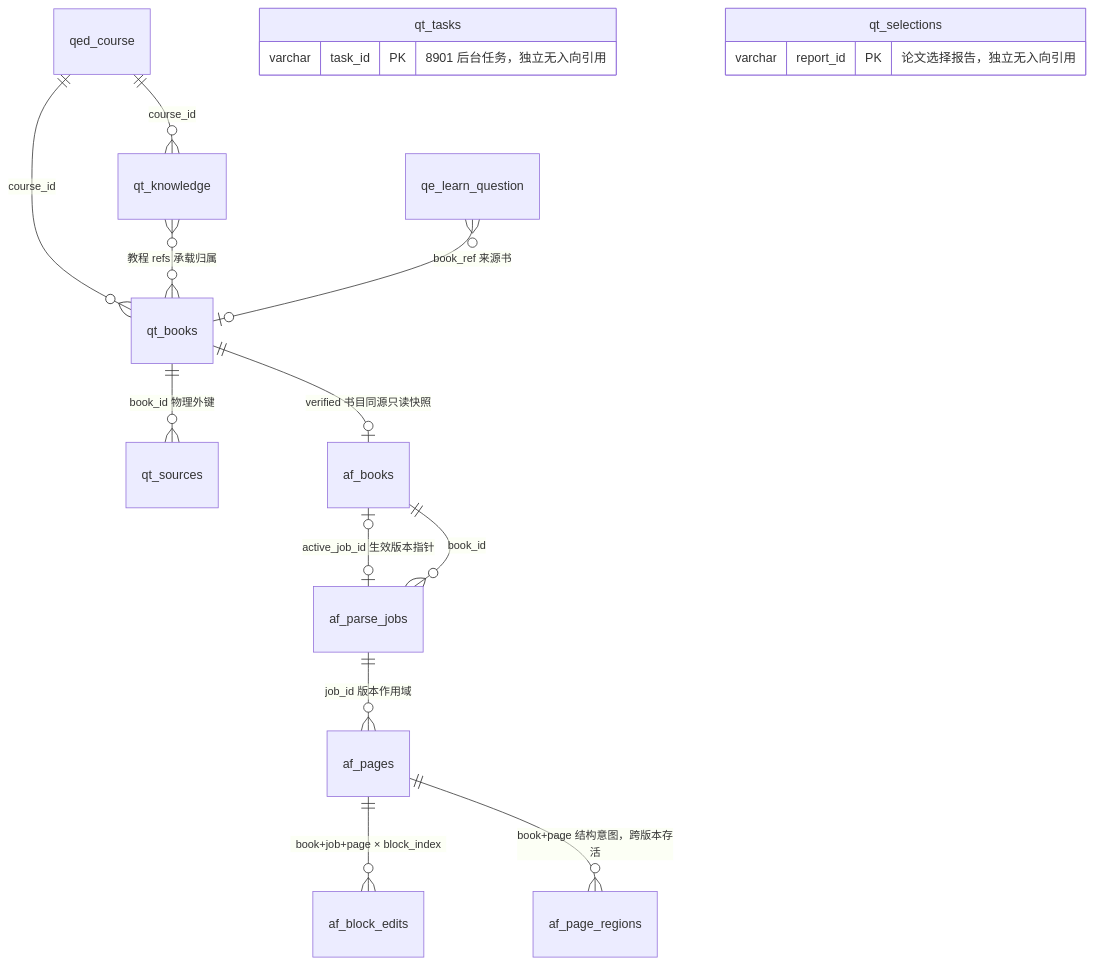
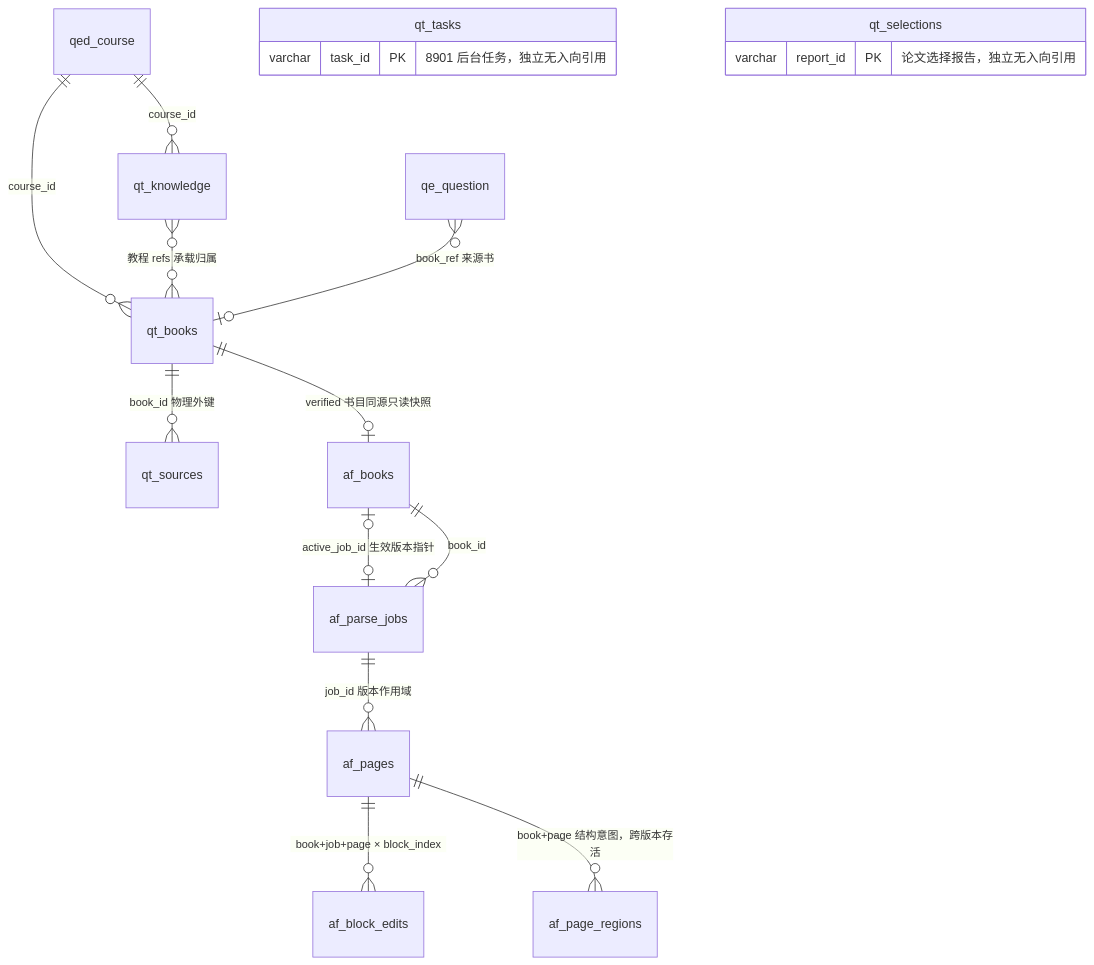
One commit to swfswf1234/QED-Engine changed the third of 3 diagrams in docs/architecture/database-design.md. Above: the diagram before and after it, drawn with Mermaid. The commit also changed other lines of this file and 15 other files, not shown here.

````diff
--- a/docs/architecture/database-design.md
+++ b/docs/architecture/database-design.md
@@ -183,20 +183,20 @@
 ```mermaid
 erDiagram
     qed_course ||--o{ qt_knowledge : "course_id"
     qed_course ||--o{ qt_books : "course_id"
     qt_knowledge }o--o{ qt_books : "教程 refs 承载归属"
     qt_books ||--o{ qt_sources : "book_id 物理外键"
     qt_books ||--o| af_books : "verified 书目同源只读快照"
-    qe_learn_question }o--o| qt_books : "book_ref 来源书"
+    qe_question }o--o| qt_books : "book_ref 来源书"
     af_books |o--o| af_parse_jobs : "active_job_id 生效版本指针"
     af_books ||--o{ af_parse_jobs : "book_id"
     af_parse_jobs ||--o{ af_pages : "job_id 版本作用域"
     af_pages ||--o{ af_block_edits : "book+job+page × block_index"
     af_pages ||--o{ af_page_regions : "book+page 结构意图，跨版本存活"
     qt_tasks {
         varchar task_id PK "8901 后台任务，独立无入向引用"
     }
     qt_selections {
         varchar report_id PK "论文选择报告，独立无入向引用"
     }
 ```
````
